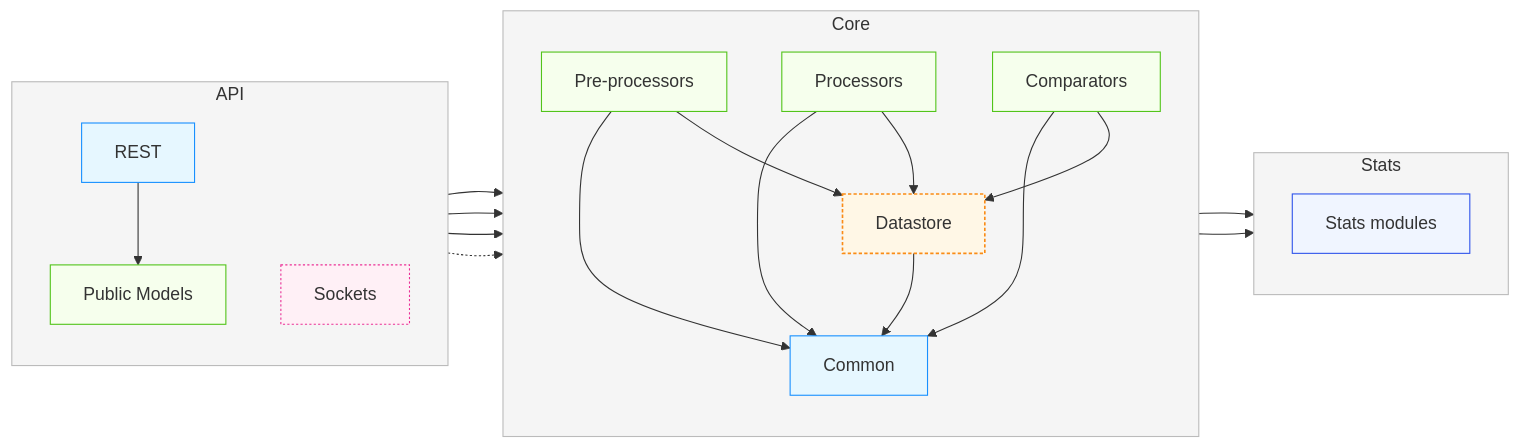
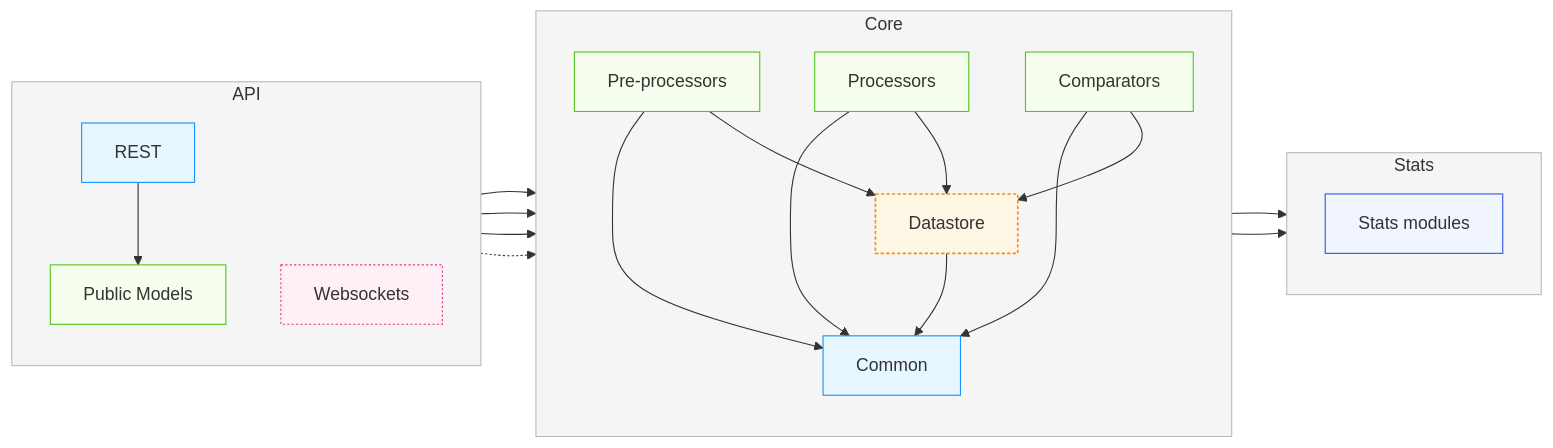
One commit to NetherlandsForensicInstitute/scratch changed the diagram in README.md. Above: the diagram before and after it, drawn with Mermaid. The commit also changed other lines of this file, not shown here.

````diff
--- a/README.md
+++ b/README.md
@@ -115,63 +116,63 @@
 ```mermaid
 flowchart LR
 
   %% ===== Styles =====
   classDef pkg fill:#f5f5f5,stroke:#bbb,stroke-width:1px,color:#333;
   classDef public fill:#e6f7ff,stroke:#1890ff,stroke-width:1px;
   classDef internal fill:#f6ffed,stroke:#52c41a,stroke-width:1px;
   classDef datastore fill:#fff7e6,stroke:#fa8c16,stroke-width:1.5px,stroke-dasharray:3 2;
   classDef optional fill:#fff0f6,stroke:#eb2f96,stroke-dasharray:2 2;
   classDef extTeam fill:#f0f5ff,stroke:#2f54eb;
 
   %% ===== API Workspace =====
   subgraph API[API]
     direction TB
     api_rest[REST]:::public
-    api_sockets[Sockets]:::optional
+    api_sockets[Websockets]:::optional
     api_models[Public Models]:::internal
   end
   class API pkg
 
   %% ===== Core Workspace =====
   subgraph CORE[Core]
     direction TB
     core_pre[Pre-processors]:::internal
     core_proc[Processors]:::internal
     core_comp[Comparators]:::internal
     core_common[Common]:::public
     core_store[Datastore]:::datastore
   end
   class CORE pkg
 
   %% ===== Stats Workspace =====
   subgraph STATS[Stats]
     direction TB
     stats_pkg[Stats modules]:::extTeam
   end
   class STATS pkg
 
   %% ===== Dependencies / Policies =====
   %% API talks only to Core (no direct Stats or Datastore access)
   api_rest --> core_proc
   api_rest --> core_pre
   api_rest --> core_comp
   api_rest --> api_models
 
   %% Optional Sockets (still to be determined)
   api_sockets -.-> core_pre
 
   %% Core uses Stats
   core_proc --> stats_pkg
   core_comp --> stats_pkg
 
   %% Core modules depend on Common
   core_pre --> core_common
   core_proc --> core_common
   core_comp --> core_common
   core_store --> core_common
 
   %% Modules that need storage access → Datastore
   core_pre --> core_store
   core_proc --> core_store
   core_comp --> core_store
 ```
````
